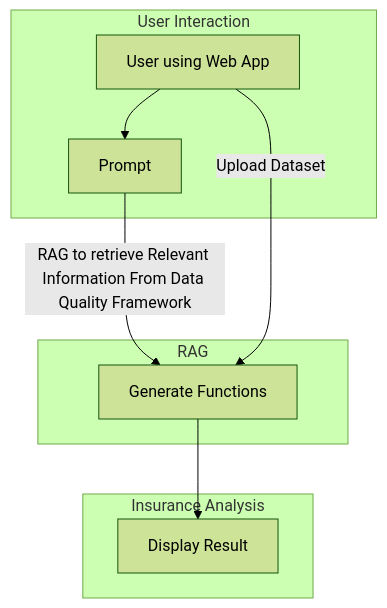
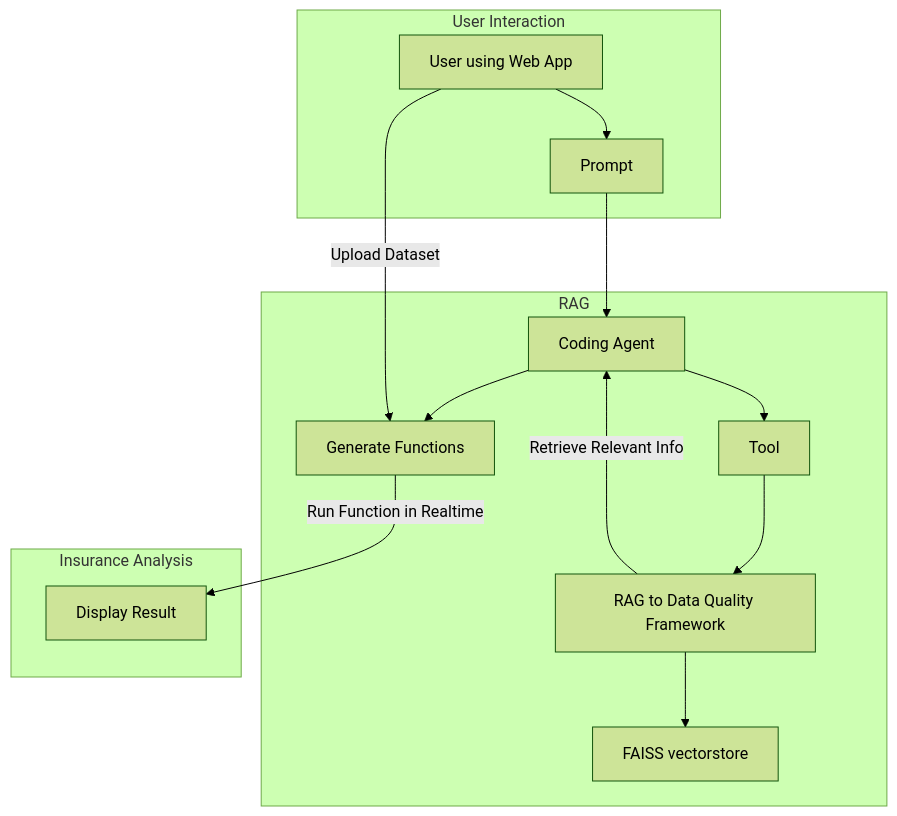
Before and after one commit to dfo-mpo/DataQuality: the diagram in README.md, drawn with Mermaid (forest theme). The commit also changed other lines of this file and 1 other file, not shown here.

````diff
--- a/README.md
+++ b/README.md
@@ -4,20 +9,22 @@
 ```mermaid
 graph TB
 
 subgraph User Interaction
     A[User using Web App] --> D[Prompt]
 end
 
 
 
 subgraph RAG
-    D -- "RAG to retrieve Relevant Information From Data Quality Framework" --> K[Generate Functions]
-    
+    D --> F[Coding Agent] --> K[Generate Functions]
+    F --> T[Tool]
+    T --> R[RAG to Data Quality Framework] --> V[FAISS vectorstore]
+    R --"Retrieve Relevant Info"--> F[Coding Agent]
 end
 
 subgraph Insurance Analysis
-    A -- "Upload Dataset" --> K[Generate Functions] --> M[Display Result]
+    A -- "Upload Dataset" --> K[Generate Functions] --"Run Function in Realtime"--> M[Display Result]
     
 end
 
 ```
````
